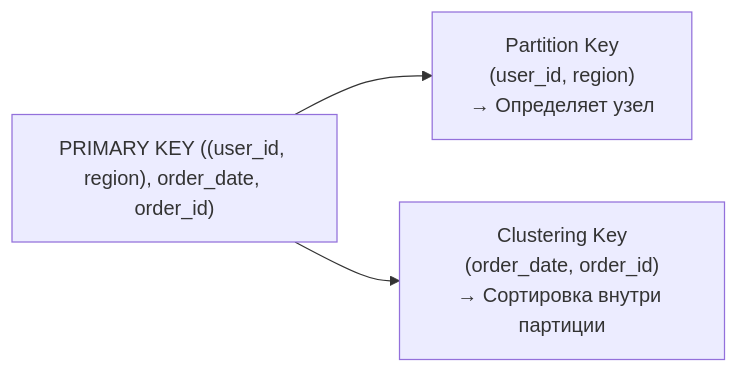
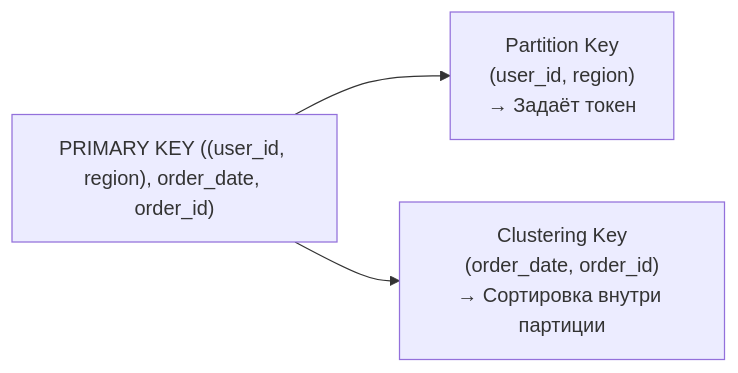
The fourth of 11 diagrams in cheatsheets/interview/databases/cassandra-interview.md (akeverus/cheat-sheet), drawn with Mermaid before and after one commit. The commit also changed other lines of this file, not shown here.

````diff
--- a/cheatsheets/interview/databases/cassandra-interview.md
+++ b/cheatsheets/interview/databases/cassandra-interview.md
@@ -267,6 +267,6 @@
 ```mermaid
 graph LR
     PK["PRIMARY KEY ((user_id, region), order_date, order_id)"]
-    PK --> PartK["Partition Key<br/>(user_id, region)<br/>→ Определяет узел"]
+    PK --> PartK["Partition Key<br/>(user_id, region)<br/>→ Задаёт токен"]
     PK --> ClustK["Clustering Key<br/>(order_date, order_id)<br/>→ Сортировка внутри партиции"]
 ```
````
